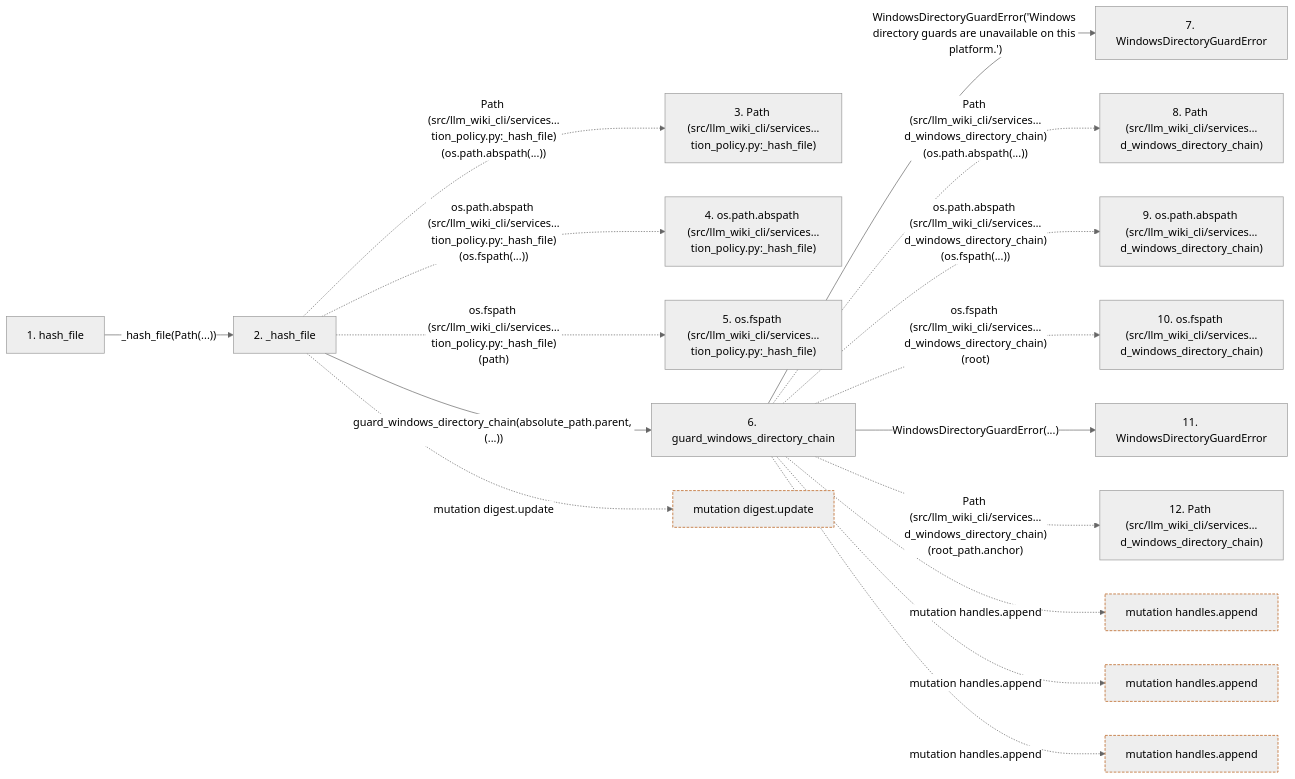
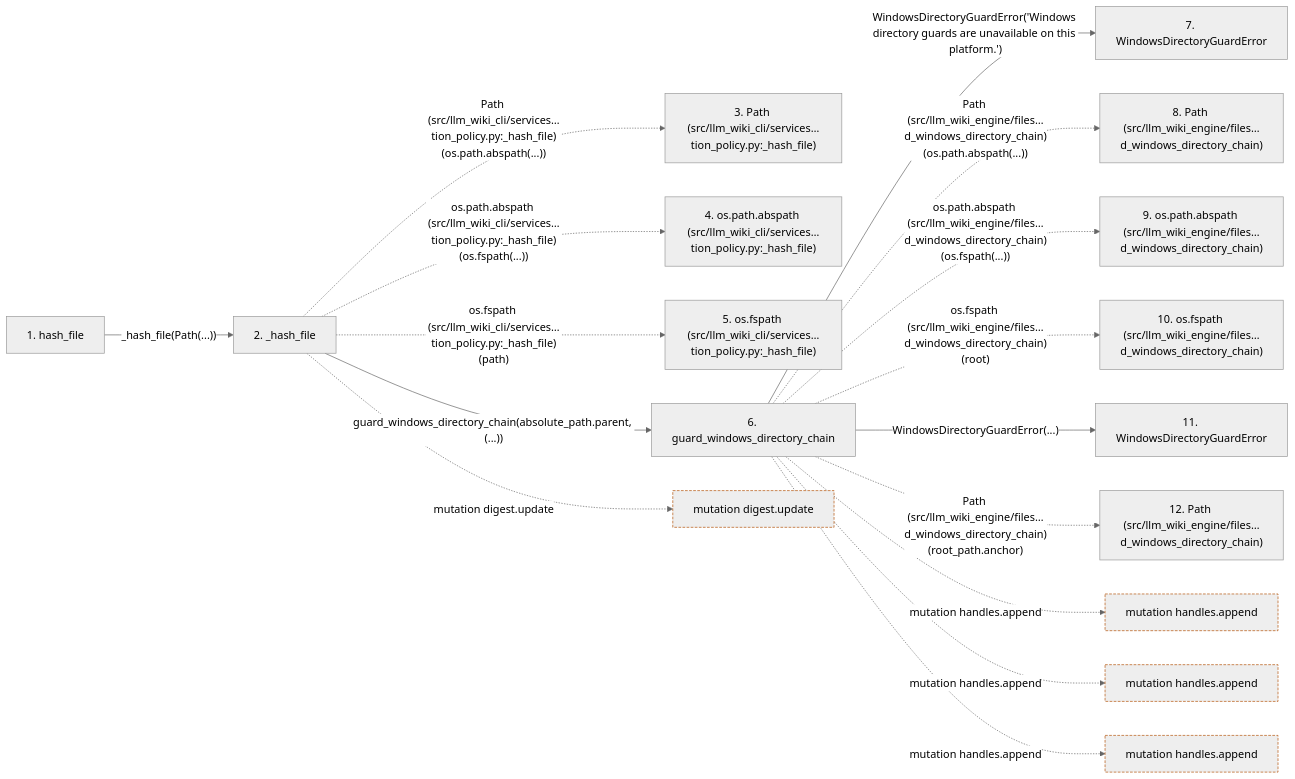
One commit to Denissvgn/python-wiki-llm changed the second of 2 diagrams in docs/llm_wiki/flows/api-hash_file-documentation_policy.md. Above: the diagram before and after it, drawn with Mermaid (neutral theme). The commit also changed other lines of this file and 739 other files, not shown here.

First line of the commit message:
docs: refresh the wiki for the second engine batch

````diff
--- a/docs/llm_wiki/flows/api-hash_file-documentation_policy.md
+++ b/docs/llm_wiki/flows/api-hash_file-documentation_policy.md
@@ -129,44 +129,44 @@
 ```mermaid
 flowchart LR
     s1["1. hash_file"]
     s2["2. _hash_file"]
     s3["3. Path (src/llm_wiki_cli/services…tion_policy.py:_hash_file)"]
     s4["4. os.path.abspath (src/llm_wiki_cli/services…tion_policy.py:_hash_file)"]
     s5["5. os.fspath (src/llm_wiki_cli/services…tion_policy.py:_hash_file)"]
     s6["6. guard_windows_directory_chain"]
     s7["7. WindowsDirectoryGuardError"]
-    s8["8. Path (src/llm_wiki_cli/services…d_windows_directory_chain)"]
-    s9["9. os.path.abspath (src/llm_wiki_cli/services…d_windows_directory_chain)"]
-    s10["10. os.fspath (src/llm_wiki_cli/services…d_windows_directory_chain)"]
+    s8["8. Path (src/llm_wiki_engine/files…d_windows_directory_chain)"]
+    s9["9. os.path.abspath (src/llm_wiki_engine/files…d_windows_directory_chain)"]
+    s10["10. os.fspath (src/llm_wiki_engine/files…d_windows_directory_chain)"]
     s11["11. WindowsDirectoryGuardError"]
-    s12["12. Path (src/llm_wiki_cli/services…d_windows_directory_chain)"]
+    s12["12. Path (src/llm_wiki_engine/files…d_windows_directory_chain)"]
     s1 -->|"_hash_file(Path(...))"| s2
     s2 -. "Path (src/llm_wiki_cli/services…tion_policy.py:_hash_file)(os.path.abspath(...))" .-> s3
     s2 -. "os.path.abspath (src/llm_wiki_cli/services…tion_policy.py:_hash_file)(os.fspath(...))" .-> s4
     s2 -. "os.fspath (src/llm_wiki_cli/services…tion_policy.py:_hash_file)(path)" .-> s5
     s2 -->|"guard_windows_directory_chain(absolute_path.parent, (...))"| s6
     s6 -->|"WindowsDirectoryGuardError('Windows directory guards are unavailable on this platform.')"| s7
-    s6 -. "Path (src/llm_wiki_cli/services…d_windows_directory_chain)(os.path.abspath(...))" .-> s8
-    s6 -. "os.path.abspath (src/llm_wiki_cli/services…d_windows_directory_chain)(os.fspath(...))" .-> s9
-    s6 -. "os.fspath (src/llm_wiki_cli/services…d_windows_directory_chain)(root)" .-> s10
+    s6 -. "Path (src/llm_wiki_engine/files…d_windows_directory_chain)(os.path.abspath(...))" .-> s8
+    s6 -. "os.path.abspath (src/llm_wiki_engine/files…d_windows_directory_chain)(os.fspath(...))" .-> s9
+    s6 -. "os.fspath (src/llm_wiki_engine/files…d_windows_directory_chain)(root)" .-> s10
     s6 -->|"WindowsDirectoryGuardError(...)"| s11
-    s6 -. "Path (src/llm_wiki_cli/services…d_windows_directory_chain)(root_path.anchor)" .-> s12
+    s6 -. "Path (src/llm_wiki_engine/files…d_windows_directory_chain)(root_path.anchor)" .-> s12
     b0["mutation digest.update"]
     s2 -. "mutation digest.update" .-> b0
     b1["mutation handles.append"]
     s6 -. "mutation handles.append" .-> b1
     b2["mutation handles.append"]
     s6 -. "mutation handles.append" .-> b2
     b3["mutation handles.append"]
     s6 -. "mutation handles.append" .-> b3
     click s1 "../modules/documentation_policy.md"
     click s2 "../modules/documentation_policy.md"
     click s6 "../modules/filesystem_guard.md"
     click s7 "../modules/filesystem_guard.md"
     click s11 "../modules/filesystem_guard.md"
     classDef boundary stroke:#b45309,stroke-dasharray: 4 2
     class b0 boundary
     class b1 boundary
     class b2 boundary
     class b3 boundary
 ```
````
